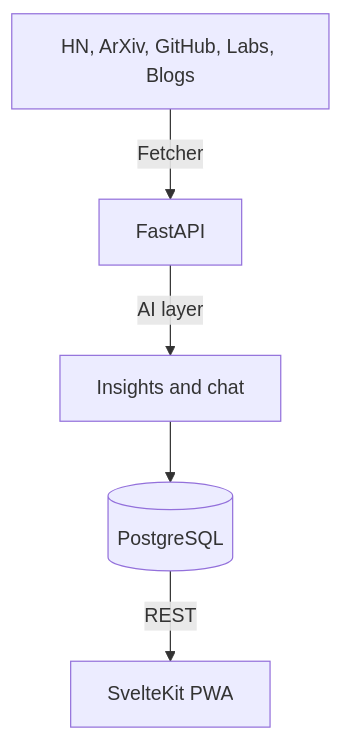
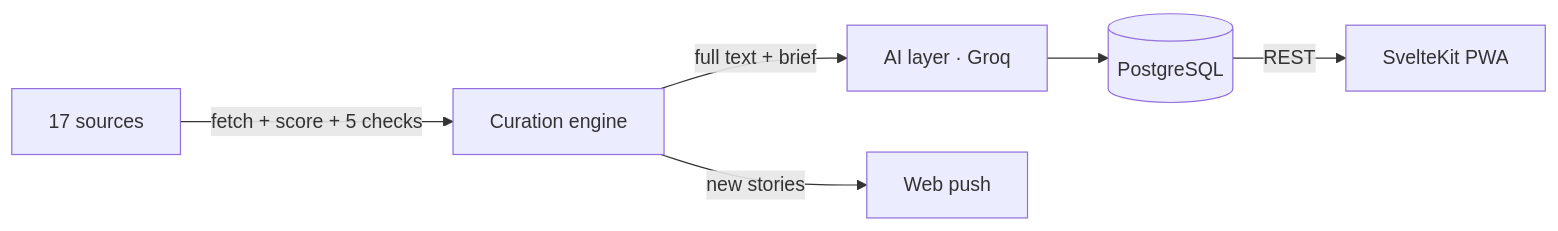
Before and after one commit to BemnetMussa/Axon: the diagram in README.md, drawn with Mermaid. The commit also changed other lines of this file and 1 other file, not shown here.

````diff
--- a/README.md
+++ b/README.md
@@ -31,7 +150,8 @@
 ```mermaid
-graph TD
-    Sources[HN, ArXiv, GitHub, Labs, Blogs] -->|Fetcher| Ingestion[FastAPI]
-    Ingestion -->|AI layer| Analysis[Insights and chat]
-    Analysis --> Storage[(PostgreSQL)]
-    Storage -->|REST| UI[SvelteKit PWA]
+graph LR
+    Sources[17 sources] -->|fetch + score + 5 checks| Engine[Curation engine]
+    Engine -->|full text + brief| AI[AI layer · Groq]
+    AI --> DB[(PostgreSQL)]
+    DB -->|REST| App[SvelteKit PWA]
+    Engine -->|new stories| Push[Web push]
 ```
````
